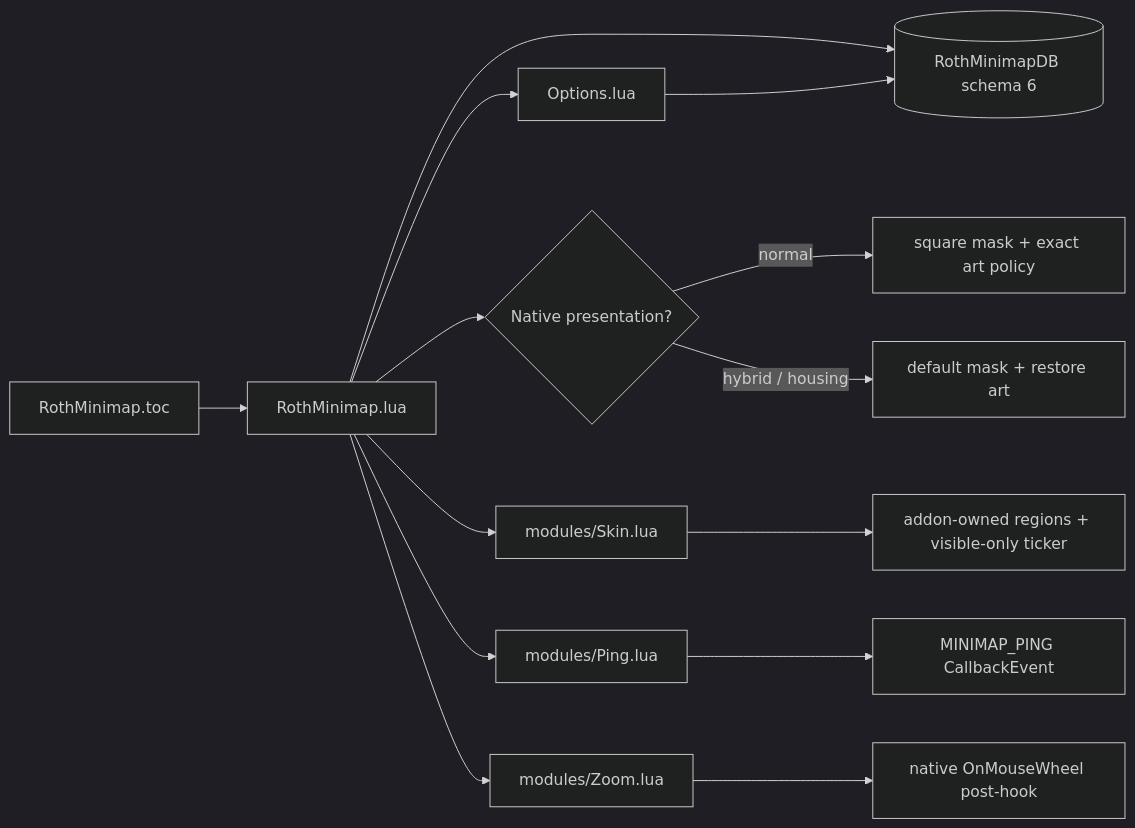
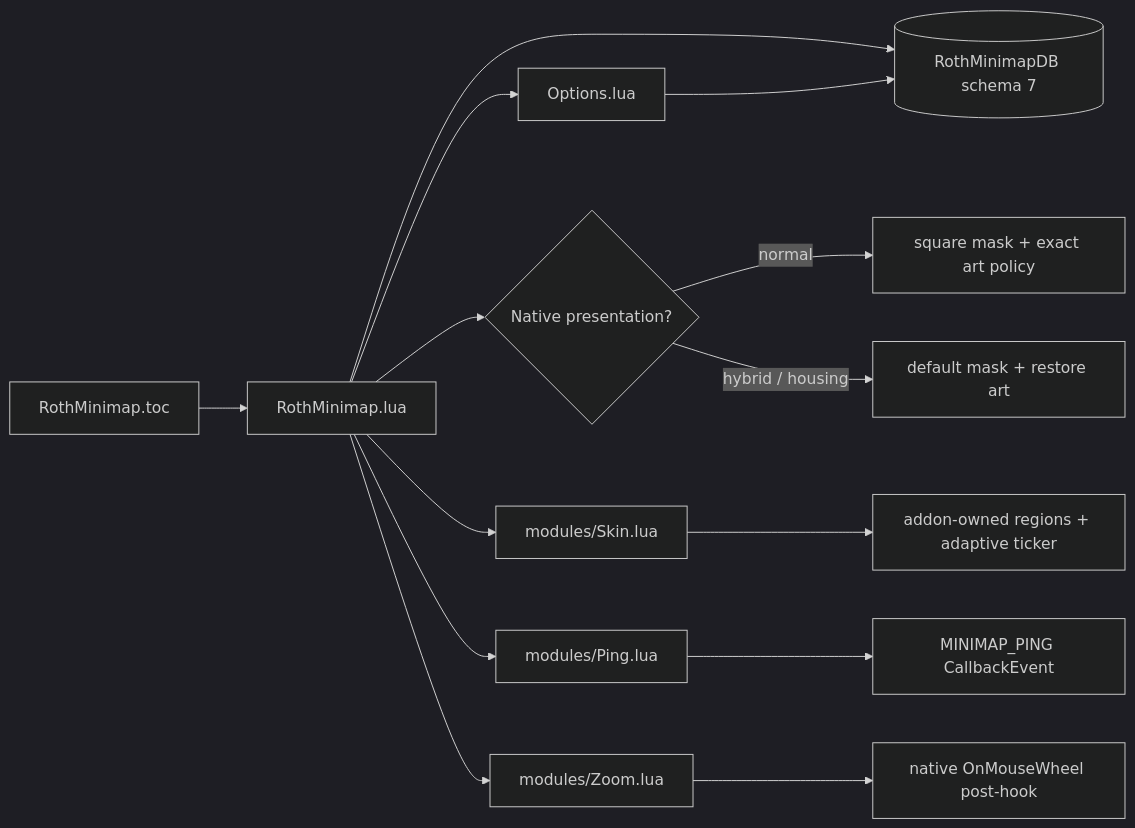
Before and after one commit to UnknownAlienHuman/roth-minimap: the diagram in CODE_GRAPH.md, drawn with Mermaid (dark theme). The commit also changed other lines of this file and 11 other files, not shown here.

````diff
--- a/CODE_GRAPH.md
+++ b/CODE_GRAPH.md
@@ -3,16 +3,16 @@
 ```mermaid
 flowchart LR
   TOC["RothMinimap.toc"] --> CORE["RothMinimap.lua"]
-  CORE --> DB[("RothMinimapDB schema 6")]
+  CORE --> DB[("RothMinimapDB schema 7")]
   CORE --> MODE{"Native presentation?"}
   MODE -->|normal| MASK["square mask + exact art policy"]
   MODE -->|hybrid / housing| FALLBACK["default mask + restore art"]
   CORE --> SKIN["modules/Skin.lua"]
   CORE --> PING["modules/Ping.lua"]
   CORE --> ZOOM["modules/Zoom.lua"]
   CORE --> OPT["Options.lua"]
   PING --> CALLBACK["MINIMAP_PING CallbackEvent"]
   ZOOM --> WHEEL["native OnMouseWheel post-hook"]
-  SKIN --> OWNED["addon-owned regions + visible-only ticker"]
+  SKIN --> OWNED["addon-owned regions + adaptive ticker"]
   OPT --> DB
 ```
````
